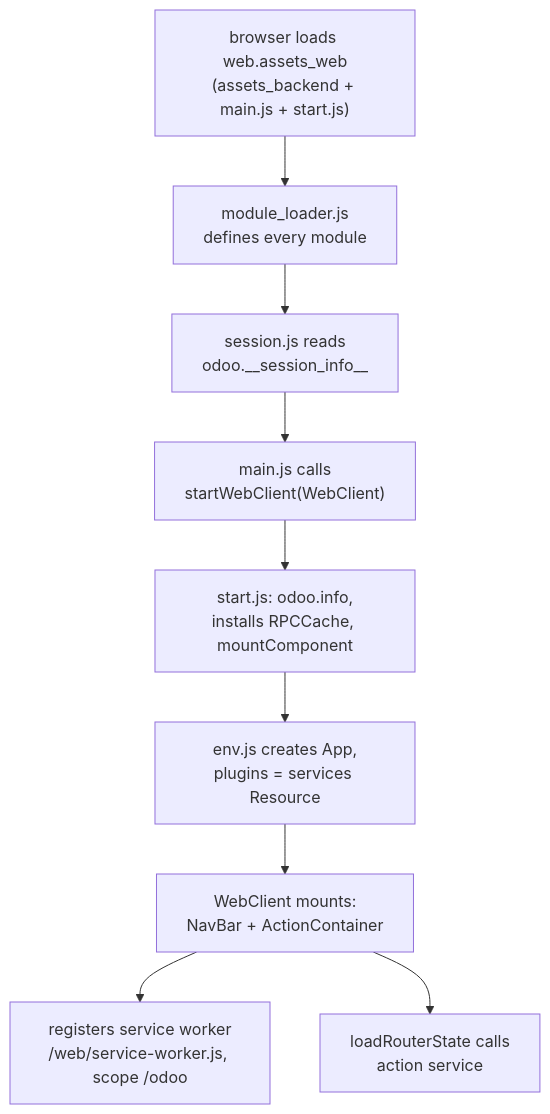
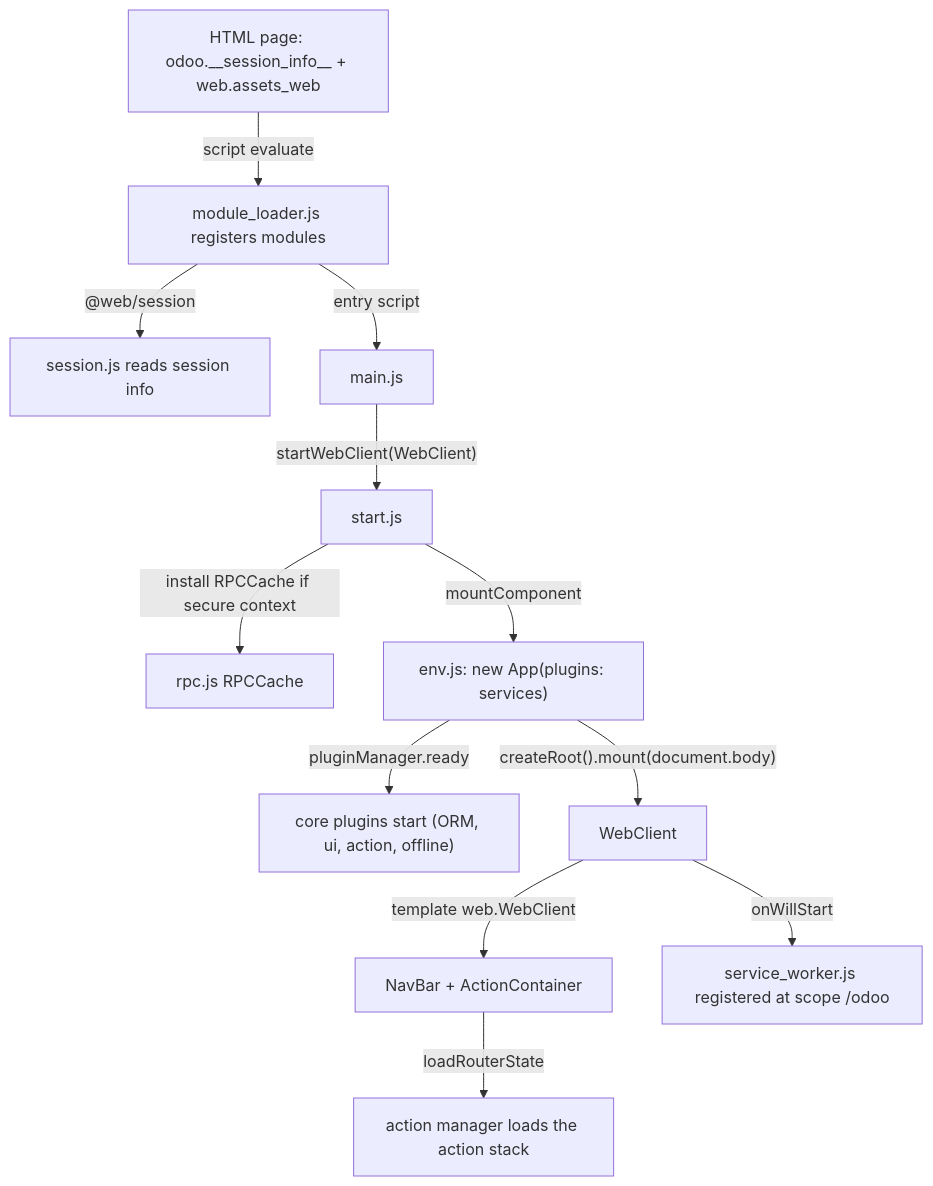
One commit to blitzy-public-samples/odoo changed the diagram in droid-wiki/apps/web/index.md. Above: the diagram before and after it, drawn with Mermaid. The commit also changed other lines of this file and 78 other files, not shown here.

````diff
--- a/droid-wiki/apps/web/index.md
+++ b/droid-wiki/apps/web/index.md
@@ -59,11 +84,14 @@
 ```mermaid
 graph TD
-    A["browser loads web.assets_web<br/>(assets_backend + main.js + start.js)"] --> B["module_loader.js<br/>defines every module"]
-    B --> C["session.js reads<br/>odoo.__session_info__"]
-    C --> D["main.js calls<br/>startWebClient(WebClient)"]
-    D --> E["start.js: odoo.info,<br/>installs RPCCache, mountComponent"]
-    E --> F["env.js creates App,<br/>plugins = services Resource"]
-    F --> G["WebClient mounts:<br/>NavBar + ActionContainer"]
-    G --> H["registers service worker<br/>/web/service-worker.js, scope /odoo"]
-    G --> I["loadRouterState calls<br/>action service"]
+    HTML["HTML page: odoo.__session_info__ + web.assets_web"] -->|"script evaluate"| ML["module_loader.js registers modules"]
+    ML -->|"@web/session"| SESS["session.js reads session info"]
+    ML -->|"entry script"| MAIN["main.js"]
+    MAIN -->|"startWebClient(WebClient)"| START["start.js"]
+    START -->|"install RPCCache if secure context"| RPC["rpc.js RPCCache"]
+    START -->|"mountComponent"| ENV["env.js: new App(plugins: services)"]
+    ENV -->|"pluginManager.ready"| PLUG["core plugins start (ORM, ui, action, offline)"]
+    ENV -->|"createRoot().mount(document.body)"| WC["WebClient"]
+    WC -->|"template web.WebClient"| SHELL["NavBar + ActionContainer"]
+    WC -->|"onWillStart"| SW["service_worker.js registered at scope /odoo"]
+    SHELL -->|"loadRouterState"| ACT["action manager loads the action stack"]
 ```
````
